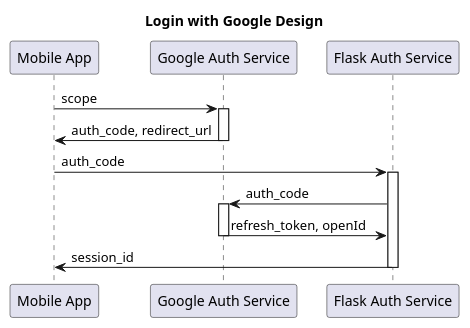
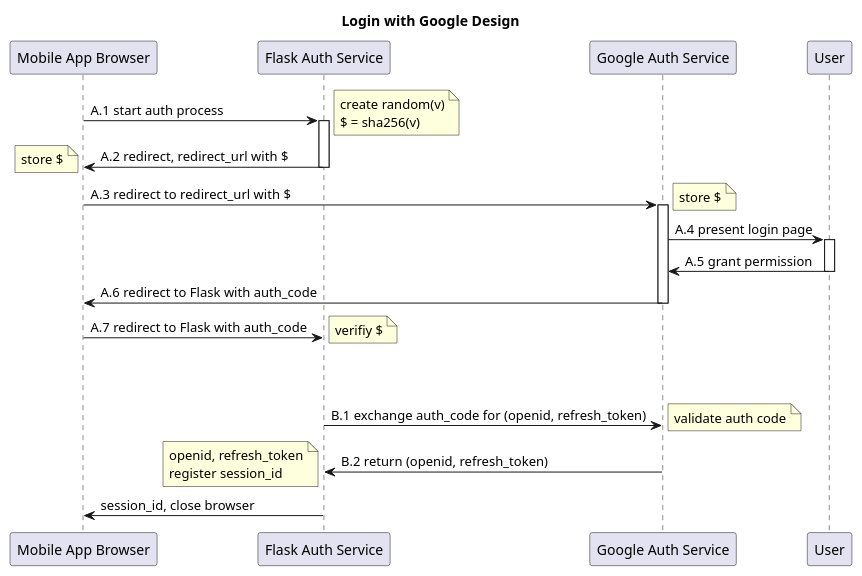
The diagram in img/user-auth-design/login-with-google.wsd (mkmojo/mkmojo.github.io), drawn with PlantUML before and after one commit. The commit also changed 1 other file, not shown here.

```diff
--- a/img/user-auth-design/login-with-google.wsd
+++ b/img/user-auth-design/login-with-google.wsd
@@ -1,17 +1,39 @@
 @startuml
 title Login with Google Design
-"Mobile App" -> "Google Auth Service": scope
-activate "Google Auth Service"
-"Google Auth Service" -> "Mobile App": auth_code, redirect_url
-deactivate "Google Auth Service"
-"Mobile App" -> "Flask Auth Service": auth_code
-
+"Mobile App Browser" -> "Flask Auth Service" : A.1 start auth process
 activate "Flask Auth Service"
-"Flask Auth Service" -> "Google Auth Service": auth_code
-activate "Google Auth Service"
-"Google Auth Service" -> "Flask Auth Service": refresh_token, openId
-deactivate "Google Auth Service"
-"Flask Auth Service" -> "Mobile App": session_id 
+note right
+create random(v)
+$ = sha256(v)
+end note
+"Mobile App Browser" <- "Flask Auth Service": A.2 redirect, redirect_url with $
+note left: store $
 deactivate "Flask Auth Service"
 
+
+"Mobile App Browser" -> "Google Auth Service": A.3 redirect to redirect_url with $
+activate "Google Auth Service"
+note right: store $
+"User" <- "Google Auth Service": A.4 present login page
+
+activate "User"
+"User" -> "Google Auth Service": A.5 grant permission
+deactivate "User"
+"Mobile App Browser" <- "Google Auth Service" : A.6 redirect to Flask with auth_code
+deactivate "Google Auth Service"
+"Mobile App Browser" -> "Flask Auth Service" : A.7 redirect to Flask with auth_code
+note right: verifiy $
+|||
+|||
+"Flask Auth Service" -> "Google Auth Service": B.1 exchange auth_code for (openid, refresh_token)
+note right
+    validate auth code
+end note
+"Google Auth Service" -> "Flask Auth Service": B.2 return (openid, refresh_token)
+note left
+    openid, refresh_token
+    register session_id
+end note
+"Flask Auth Service" -> "Mobile App Browser": session_id, close browser
+
 @enduml
```
